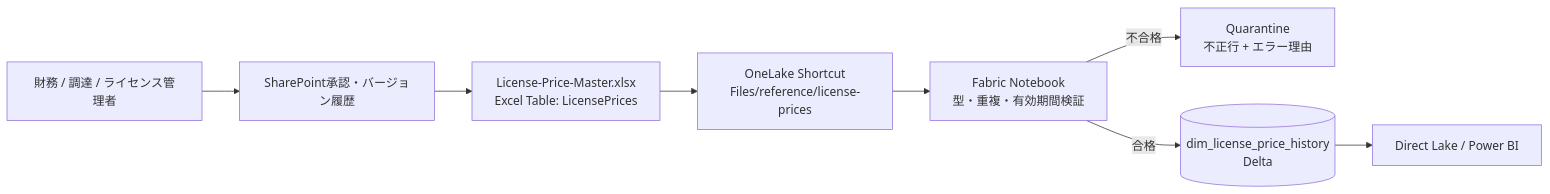
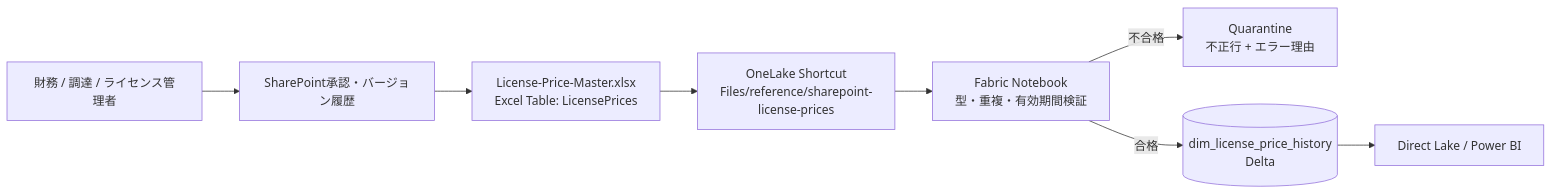
The diagram in docs/price-master.md (pcmn1000/m365-license-finops-reference), drawn with Mermaid before and after one commit. The commit also changed 7 other files, not shown here.

````diff
--- a/docs/price-master.md
+++ b/docs/price-master.md
@@ -5,15 +5,15 @@
 ```mermaid
 flowchart LR
     OWNER["財務 / 調達 / ライセンス管理者"]
     APPROVAL["SharePoint承認・バージョン履歴"]
     XLSX["License-Price-Master.xlsx<br/>Excel Table: LicensePrices"]
-    SC["OneLake Shortcut<br/>Files/reference/license-prices"]
+    SC["OneLake Shortcut<br/>Files/reference/sharepoint-license-prices"]
     NB["Fabric Notebook<br/>型・重複・有効期間検証"]
     QUAR["Quarantine<br/>不正行 + エラー理由"]
     DELTA[("dim_license_price_history<br/>Delta")]
     MODEL["Direct Lake / Power BI"]
 
     OWNER --> APPROVAL --> XLSX --> SC --> NB
     NB -->|合格| DELTA --> MODEL
     NB -->|不合格| QUAR
 ```
````
